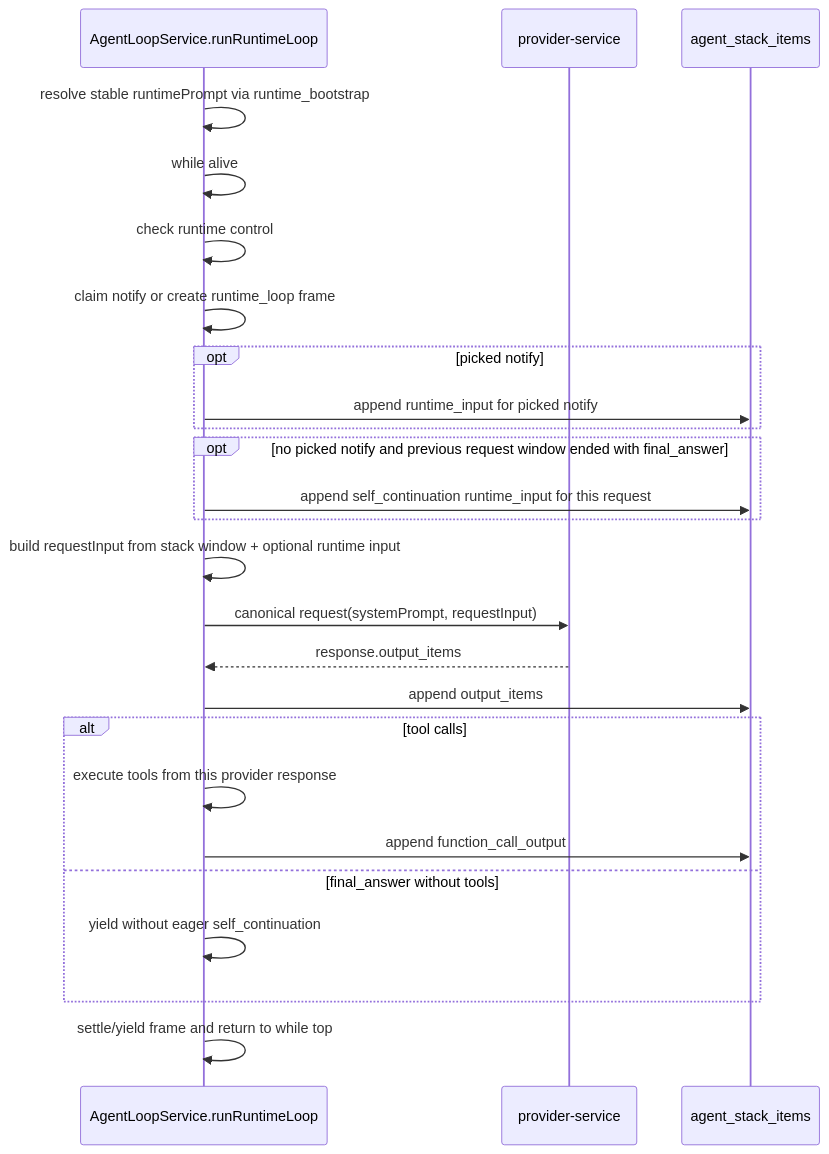
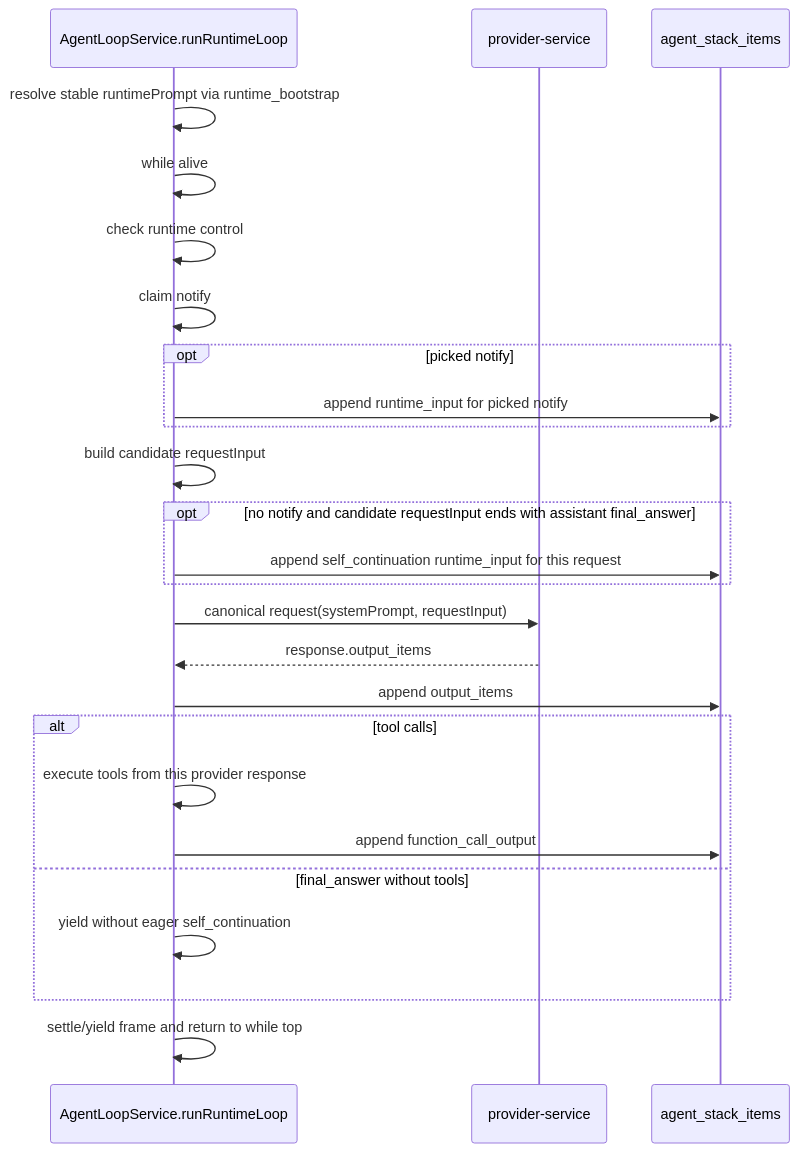
One commit to Hei-AI/xiaoni_cc changed the diagram in docs/XIAONI_NOTIFY_RUNTIME_ARCHITECTURE.md. Above: the diagram before and after it, drawn with Mermaid. The commit also changed other lines of this file and 9 other files, not shown here.

Commit message:
fix: append self continuation only after final answer tail

````diff
--- a/docs/XIAONI_NOTIFY_RUNTIME_ARCHITECTURE.md
+++ b/docs/XIAONI_NOTIFY_RUNTIME_ARCHITECTURE.md
@@ -50,28 +52,28 @@
 ```mermaid
 sequenceDiagram
   participant L as AgentLoopService.runRuntimeLoop
   participant P as provider-service
   participant S as agent_stack_items
 
   L->>L: resolve stable runtimePrompt via runtime_bootstrap
   L->>L: while alive
   L->>L: check runtime control
-  L->>L: claim notify or create runtime_loop frame
+  L->>L: claim notify
   opt picked notify
     L->>S: append runtime_input for picked notify
   end
-  opt no picked notify and previous request window ended with final_answer
+  L->>L: build candidate requestInput
+  opt no notify and candidate requestInput ends with assistant final_answer
     L->>S: append self_continuation runtime_input for this request
   end
-  L->>L: build requestInput from stack window + optional runtime input
   L->>P: canonical request(systemPrompt, requestInput)
   P-->>L: response.output_items
   L->>S: append output_items
   alt tool calls
     L->>L: execute tools from this provider response
     L->>S: append function_call_output
   else final_answer without tools
     L->>L: yield without eager self_continuation
   end
   L->>L: settle/yield frame and return to while top
 ```
````
